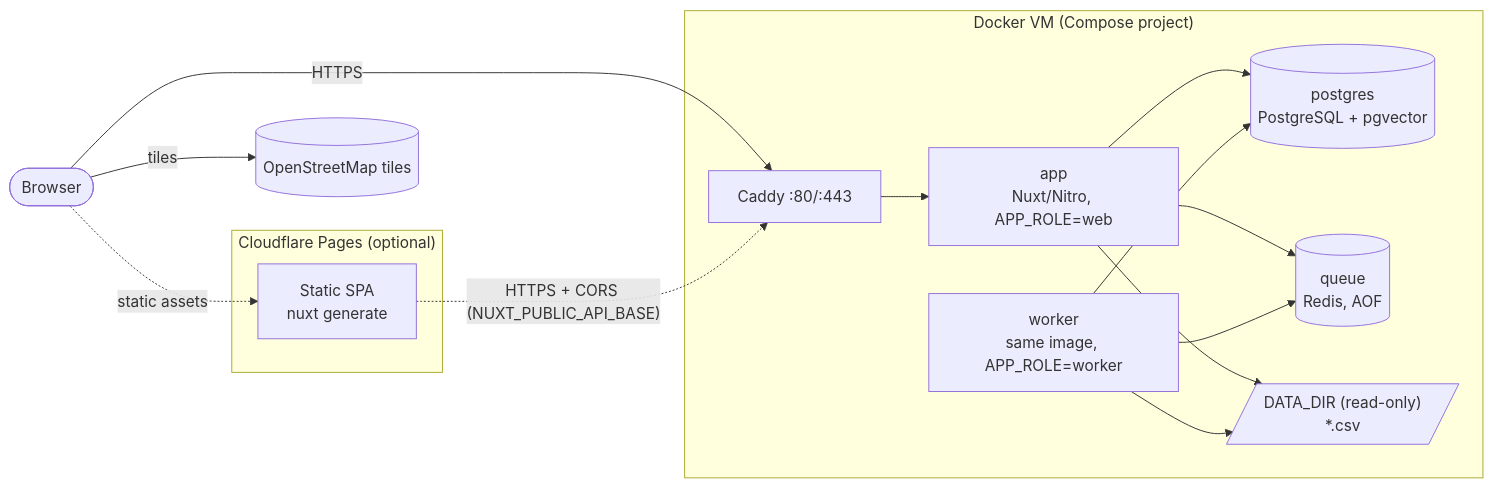
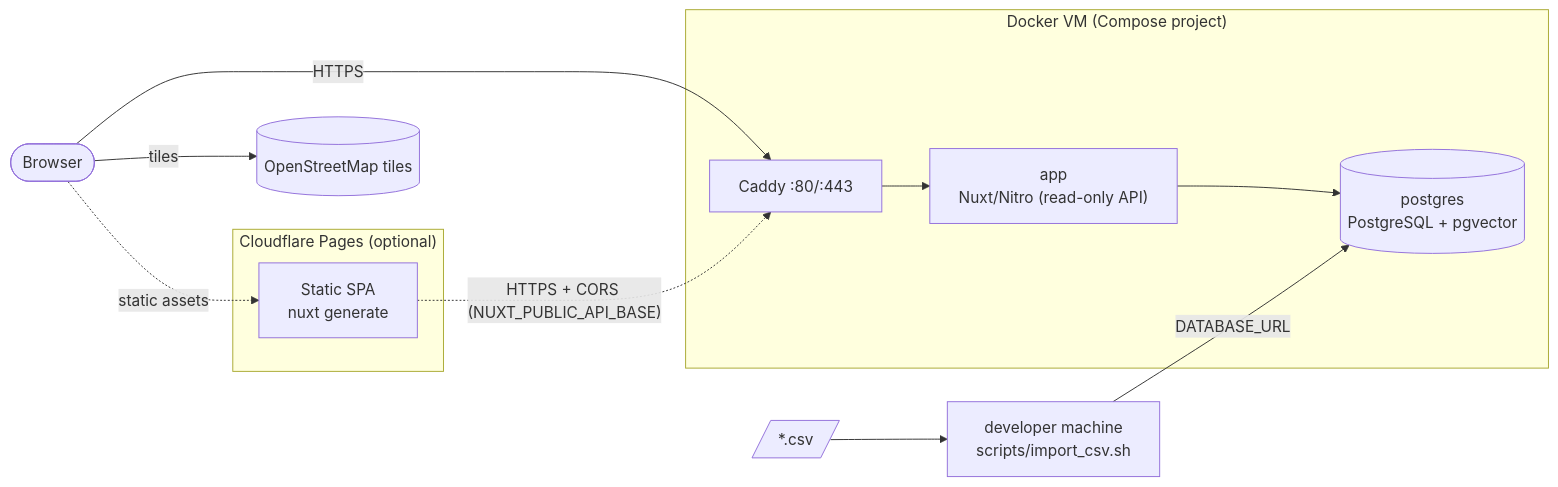
The first of 2 diagrams in @docs/architecture/ARCHITECTURE.md (TryYourIdeas/spacechallenge), drawn with Mermaid before and after one commit. The commit also changed other lines of this file and 11 other files, not shown here.

Commit message:
docs: CLI import workflow

````diff
--- a/@docs/architecture/ARCHITECTURE.md
+++ b/@docs/architecture/ARCHITECTURE.md
@@ -12,27 +12,23 @@
 ```mermaid
 flowchart LR
   user([Browser])
   subgraph pages["Cloudflare Pages (optional)"]
     spa[Static SPA<br/>nuxt generate]
   end
   subgraph vm["Docker VM (Compose project)"]
     caddy[Caddy :80/:443]
-    app["app<br/>Nuxt/Nitro, APP_ROLE=web"]
-    worker["worker<br/>same image, APP_ROLE=worker"]
+    app["app<br/>Nuxt/Nitro (read-only API)"]
     pg[(postgres<br/>PostgreSQL + pgvector)]
-    redis[(queue<br/>Redis, AOF)]
-    data[/"DATA_DIR (read-only)<br/>*.csv"/]
   end
+  cli["developer machine<br/>scripts/import_csv.sh"]
+  csv[/"*.csv"/]
   osm[(OpenStreetMap tiles)]
 
   user -->|HTTPS| caddy --> app
   user -.->|static assets| spa
   spa -.->|"HTTPS + CORS (NUXT_PUBLIC_API_BASE)"| caddy
   user -->|tiles| osm
   app --> pg
-  app --> redis
-  worker --> pg
-  worker --> redis
-  app --> data
-  worker --> data
+  csv --> cli
+  cli -->|DATABASE_URL| pg
 ```
````
